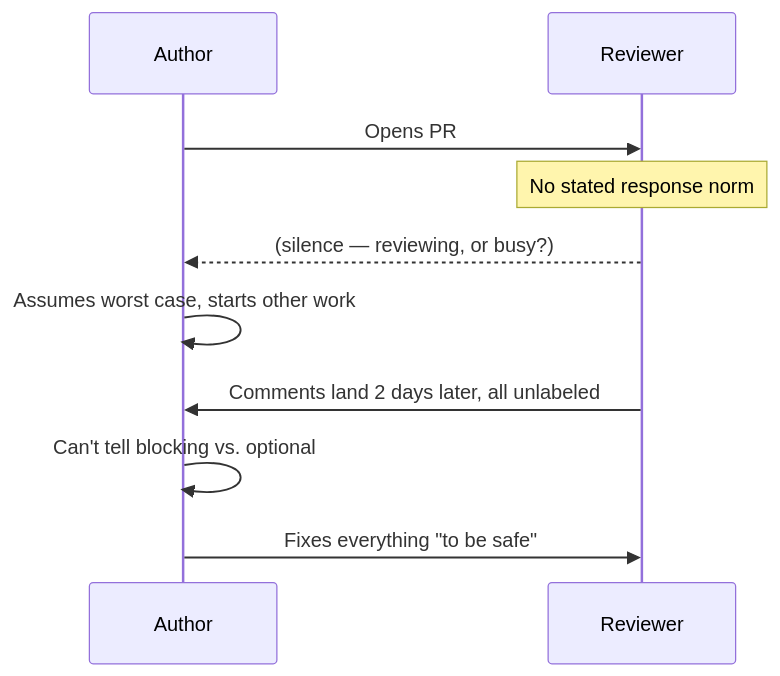
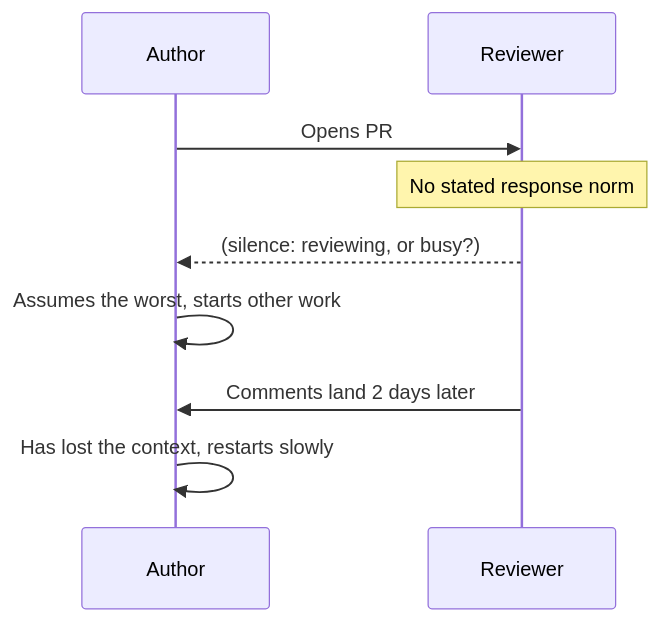
One commit to francoandreDev/knowledge changed the third of 3 diagrams in src/content/git-teamwork/feedback-framing/L2-concept.mdx. Above: the diagram before and after it, drawn with Mermaid. The commit also changed other lines of this file and 3 other files, not shown here.

````diff
--- a/src/content/git-teamwork/feedback-framing/L2-concept.mdx
+++ b/src/content/git-teamwork/feedback-framing/L2-concept.mdx
@@ -67,12 +162,11 @@
 ```mermaid
 sequenceDiagram
     participant Author
     participant Reviewer
     Author->>Reviewer: Opens PR
     Note over Reviewer: No stated response norm
-    Reviewer-->>Author: (silence — reviewing, or busy?)
-    Author->>Author: Assumes worst case, starts other work
-    Reviewer->>Author: Comments land 2 days later, all unlabeled
-    Author->>Author: Can't tell blocking vs. optional
-    Author->>Reviewer: Fixes everything "to be safe"
+    Reviewer-->>Author: (silence: reviewing, or busy?)
+    Author->>Author: Assumes the worst, starts other work
+    Reviewer->>Author: Comments land 2 days later
+    Author->>Author: Has lost the context, restarts slowly
 ```
````
